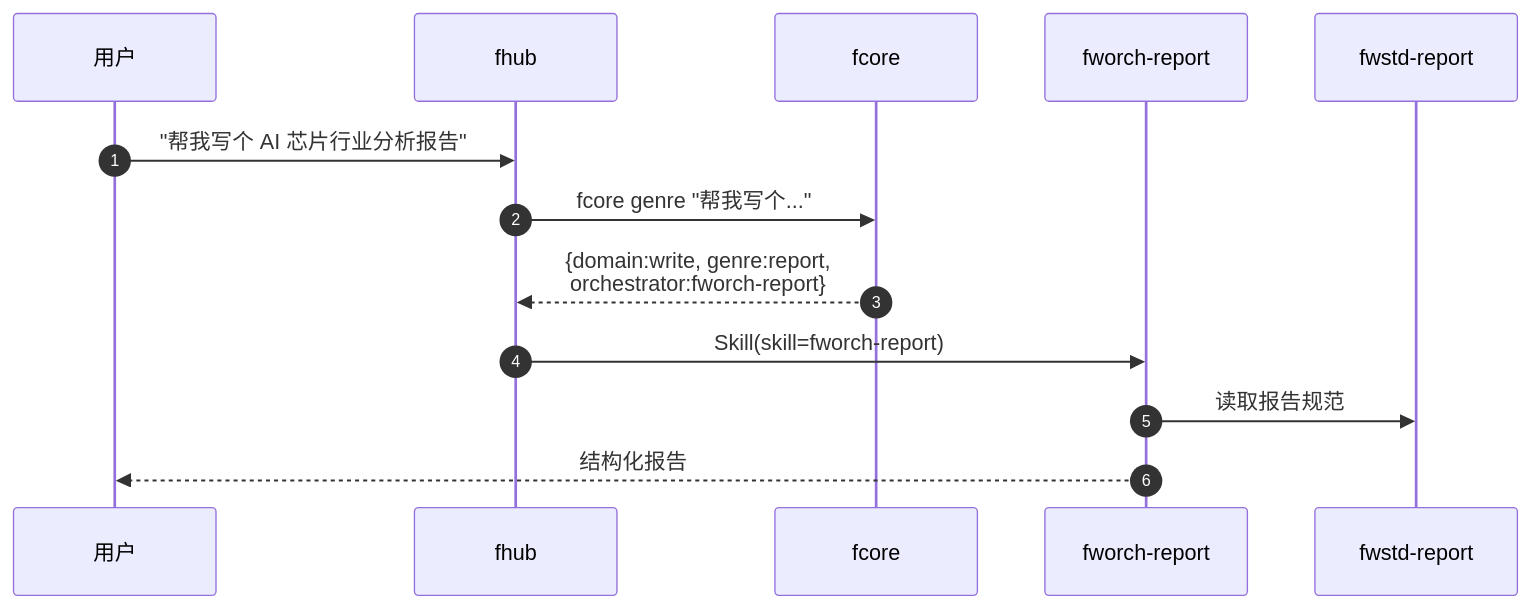
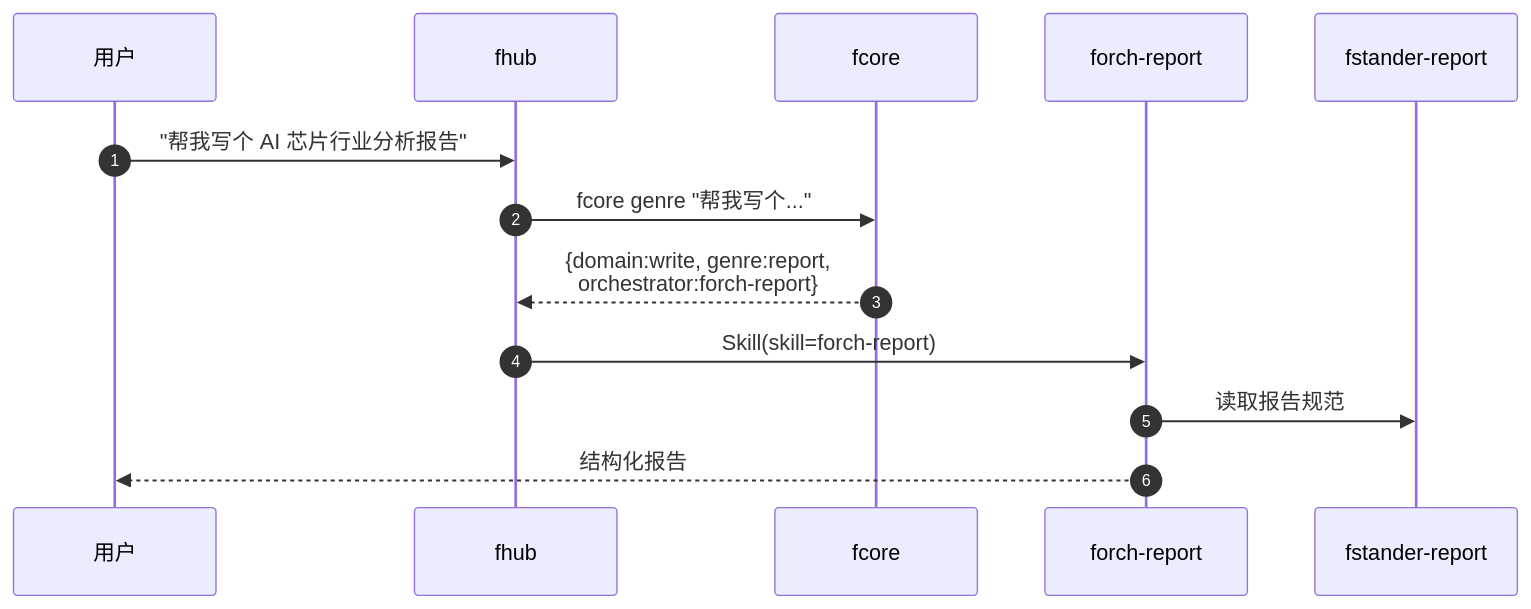
Before and after one commit to mengfanchun2017/skill: the second of 3 diagrams in README.md, drawn with Mermaid. The commit also changed other lines of this file and 151 other files, not shown here.

````diff
--- a/README.md
+++ b/README.md
@@ -96,16 +96,16 @@
 ```mermaid
 sequenceDiagram
     autonumber
     participant U as 用户
     participant H as fhub
     participant C as fcore
-    participant O as fworch-report
-    participant S as fwstd-report
+    participant O as forch-report
+    participant S as fstander-report
 
     U->>H: "帮我写个 AI 芯片行业分析报告"
     H->>C: fcore genre "帮我写个..."
-    C-->>H: {domain:write, genre:report,<br/>orchestrator:fworch-report}
-    H->>O: Skill(skill=fworch-report)
+    C-->>H: {domain:write, genre:report,<br/>orchestrator:forch-report}
+    H->>O: Skill(skill=forch-report)
     O->>S: 读取报告规范
     O-->>U: 结构化报告
 ```
````
